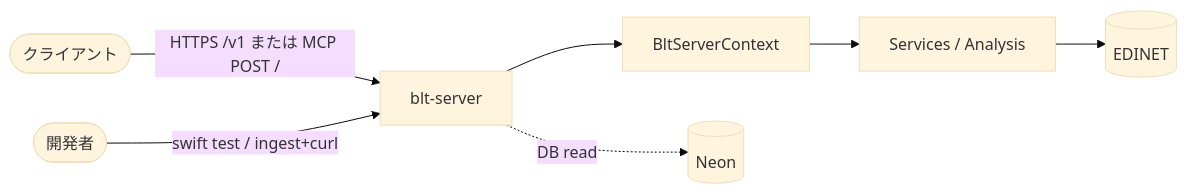
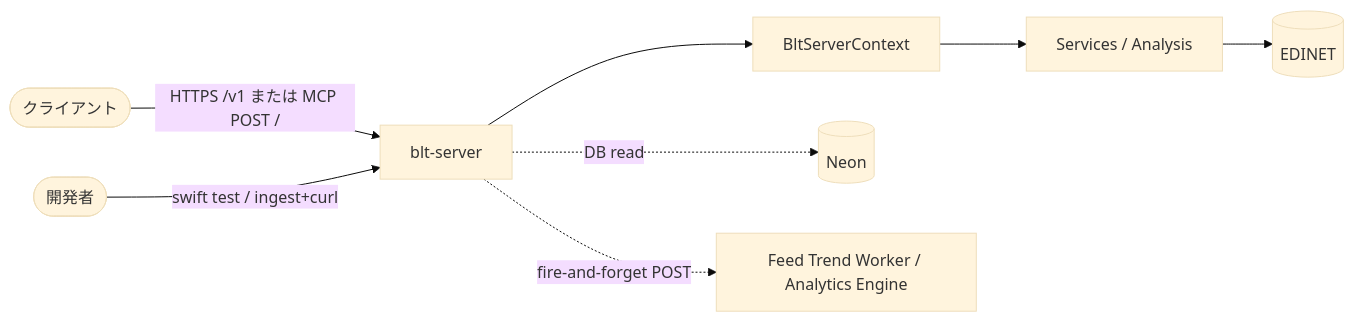
One commit to sollahiro/blue-ticker changed the second of 2 diagrams in docs/architecture.md. Above: the diagram before and after it, drawn with Mermaid (base theme). The commit also changed other lines of this file and 25 other files, not shown here.

First line of the commit message:
feat: add anonymous Feed Trend via Cloudflare Worker

````diff
--- a/docs/architecture.md
+++ b/docs/architecture.md
@@ -80,9 +80,10 @@
 ```mermaid
 flowchart LR
     user(["クライアント"]) -->|"HTTPS /v1 または MCP POST /"| server["blt-server"]
     dev(["開発者"]) -->|"swift test / ingest+curl"| server
     server --> facade["BltServerContext"]
     facade --> svc["Services / Analysis"]
     svc --> edinet[("EDINET")]
     server -.->|DB read| pg[("Neon")]
+    server -.->|"fire-and-forget POST"| trend["Feed Trend Worker / Analytics Engine"]
 ```
````
